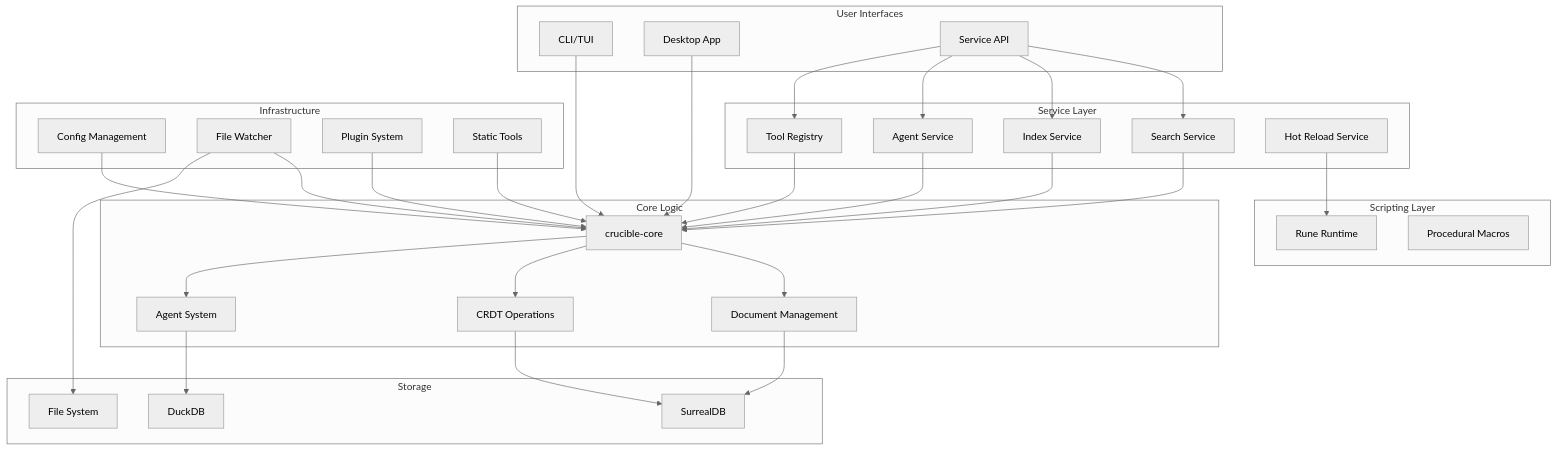
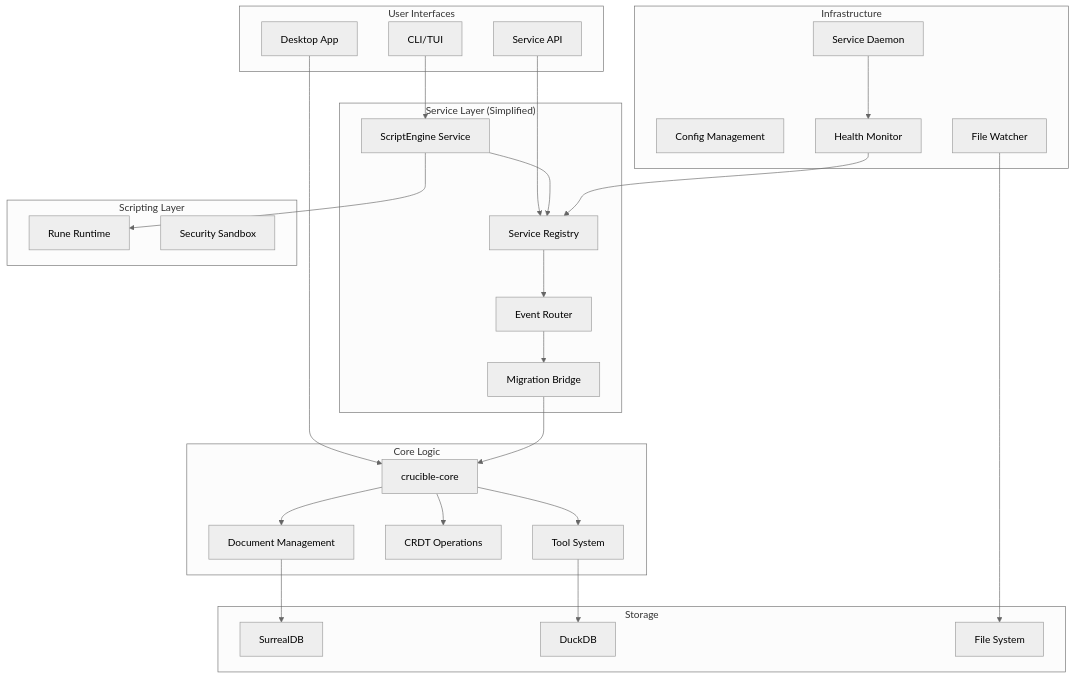
One commit to Mootikins/crucible changed the first of 6 diagrams in docs/ARCHITECTURE.md. Above: the diagram before and after it, drawn with Mermaid (neutral theme). The commit also changed other lines of this file and 181 other files, not shown here.

````diff
--- a/docs/ARCHITECTURE.md
+++ b/docs/ARCHITECTURE.md
@@ -11,70 +11,61 @@
 ```mermaid
 graph TB
     subgraph "User Interfaces"
         CLI[CLI/TUI]
         Desktop[Desktop App]
         ServiceAPI[Service API]
     end
 
-    subgraph "Service Layer"
-        Search[Search Service]
-        Index[Index Service]
-        Agent[Agent Service]
-        Tool[Tool Registry]
-        HotReload[Hot Reload Service]
+    subgraph "Service Layer (Simplified)"
+        ScriptEngine[ScriptEngine Service]
+        ServiceRegistry[Service Registry]
+        EventRouter[Event Router]
+        MigrationBridge[Migration Bridge]
     end
 
     subgraph "Core Logic"
         Core[crucible-core]
         Docs[Document Management]
         CRDT[CRDT Operations]
-        Agents[Agent System]
+        Tools[Tool System]
     end
 
     subgraph "Infrastructure"
         Config[Config Management]
         Watch[File Watcher]
-        Plugins[Plugin System]
-        Tools[Static Tools]
+        Daemon[Service Daemon]
+        Health[Health Monitor]
     end
 
     subgraph "Storage"
         Surreal[SurrealDB]
         Duck[DuckDB]
         Files[File System]
     end
 
     subgraph "Scripting Layer"
         Rune[Rune Runtime]
-        Macros[Procedural Macros]
+        Security[Security Sandbox]
     end
 
-    CLI --> Core
+    CLI --> ScriptEngine
     Desktop --> Core
-    ServiceAPI --> Search
-    ServiceAPI --> Index
-    ServiceAPI --> Agent
-    ServiceAPI --> Tool
+    ServiceAPI --> ServiceRegistry
 
-    Search --> Core
-    Index --> Core
-    Agent --> Core
-    Tool --> Core
+    ScriptEngine --> ServiceRegistry
+    ServiceRegistry --> EventRouter
+    EventRouter --> MigrationBridge
 
-    HotReload --> Rune
-
+    ScriptEngine --> Rune
+    MigrationBridge --> Core
     Core --> Docs
     Core --> CRDT
-    Core --> Agents
+    Core --> Tools
 
     Docs --> Surreal
-    CRDT --> Surreal
-    Agents --> Duck
+    Tools --> Duck
+    Watch --> Files
 
-    Watch --> Core
-    Config --> Core
-    Plugins --> Core
-
-    Tools --> Core
-    Watch --> Files
+    Daemon --> Health
+    Health --> ServiceRegistry
 ```
````
